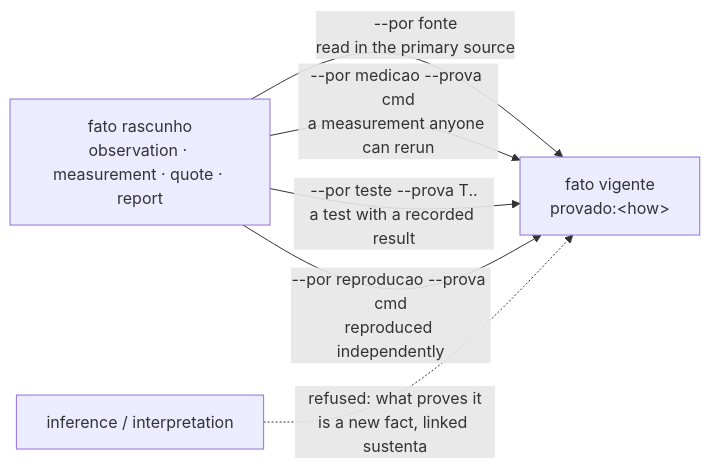
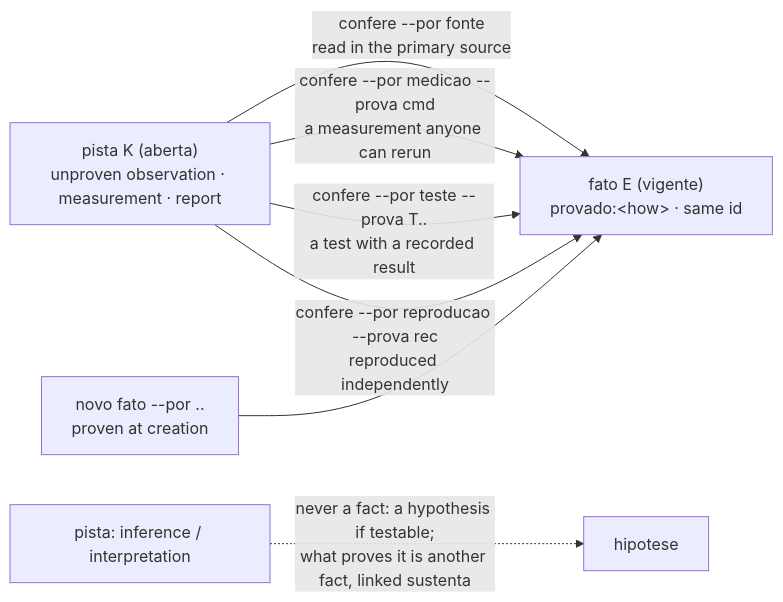
The fifth of 6 diagrams in MODELO.md (jhonymiler/holmes), drawn with Mermaid before and after one commit. The commit also changed other lines of this file and 16 other files, not shown here.

First line of the commit message:
holmes: fato é só constatação provada; o resto é pista; reorganiza banco antigo

````diff
--- a/MODELO.md
+++ b/MODELO.md
@@ -246,10 +249,11 @@
 ```mermaid
 flowchart LR
-    R["fato rascunho<br/>observation · measurement · quote · report"]
-    R -- "--por fonte<br/>read in the primary source" --> V
-    R -- "--por medicao --prova cmd<br/>a measurement anyone can rerun" --> V
-    R -- "--por teste --prova T..<br/>a test with a recorded result" --> V
-    R -- "--por reproducao --prova cmd<br/>reproduced independently" --> V
-    V["fato vigente<br/>provado:&lt;how&gt;"]
-    I["inference / interpretation"] -. "refused: what proves it<br/>is a new fact, linked sustenta" .-> V
+    K["pista K (aberta)<br/>unproven observation · measurement · report"]
+    K -- "confere --por fonte<br/>read in the primary source" --> V
+    K -- "confere --por medicao --prova cmd<br/>a measurement anyone can rerun" --> V
+    K -- "confere --por teste --prova T..<br/>a test with a recorded result" --> V
+    K -- "confere --por reproducao --prova rec<br/>reproduced independently" --> V
+    V["fato E (vigente)<br/>provado:&lt;how&gt; · same id"]
+    N["novo fato --por ..<br/>proven at creation"] --> V
+    I["pista: inference / interpretation"] -. "never a fact: a hypothesis if testable;<br/>what proves it is another fact, linked sustenta" .-> H["hipotese"]
 ```
````
